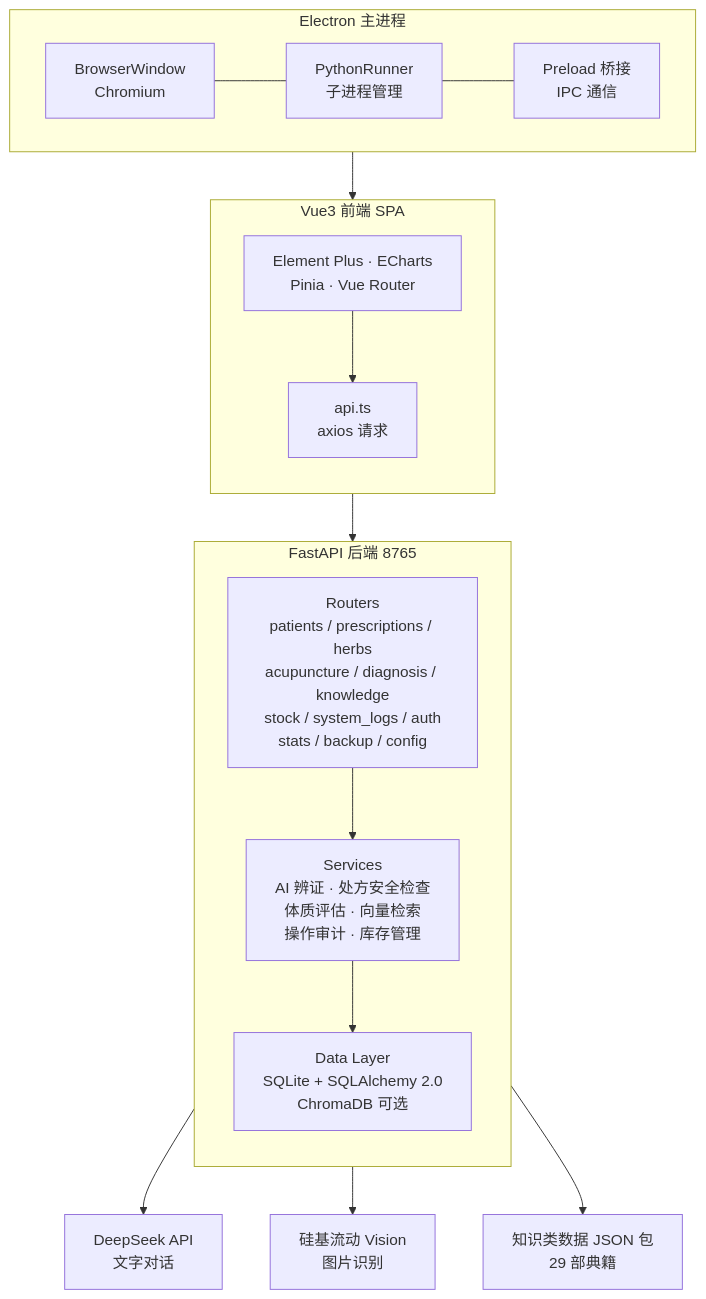
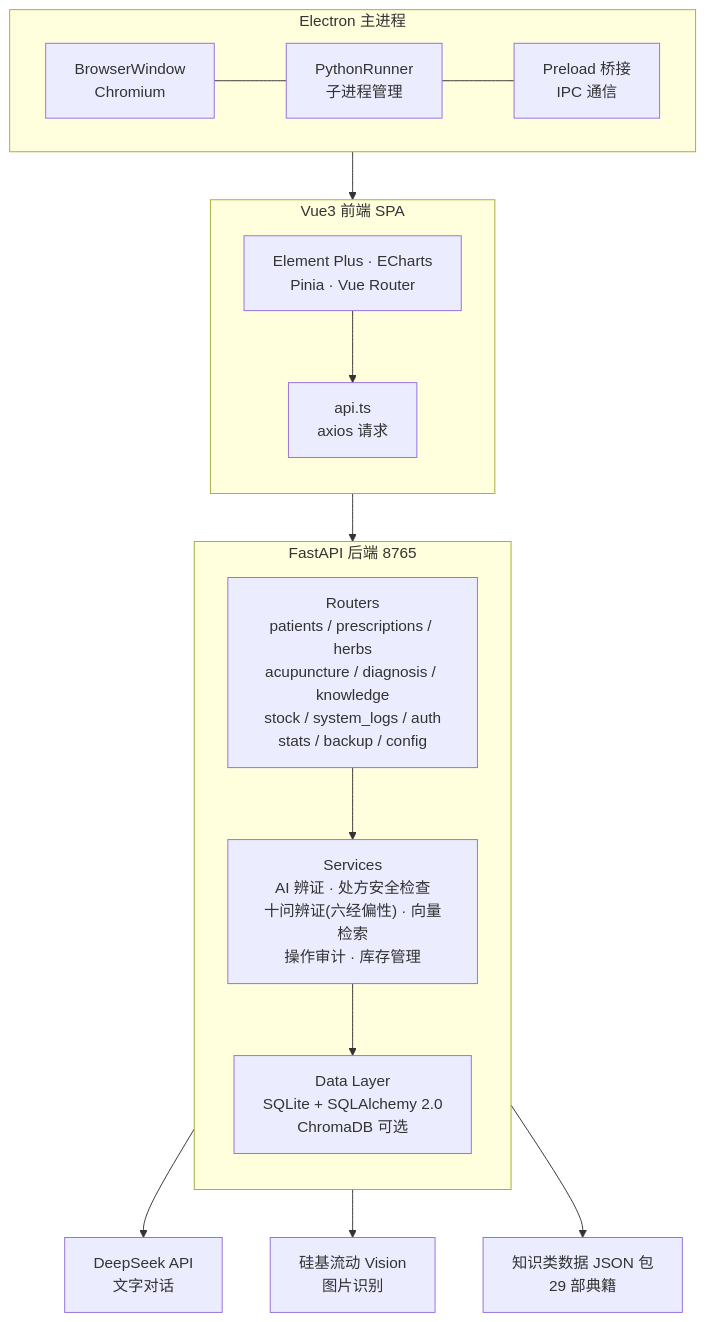
Before and after one commit to acuherb/tcm-doctor: the diagram in README.md, drawn with Mermaid. The commit also changed other lines of this file and 17 other files, not shown here.

````diff
--- a/README.md
+++ b/README.md
@@ -14,33 +14,33 @@
 ```mermaid
 graph TB
     subgraph E["Electron 主进程"]
         direction LR
         W["BrowserWindow<br/>Chromium"] --- P["PythonRunner<br/>子进程管理"] --- I["Preload 桥接<br/>IPC 通信"]
     end
 
     subgraph F["Vue3 前端 SPA"]
         direction TB
         UI["Element Plus · ECharts<br/>Pinia · Vue Router"]
         API["api.ts<br/>axios 请求"]
         UI --> API
     end
 
     subgraph B["FastAPI 后端 8765"]
         direction TB
         R["Routers<br/>patients / prescriptions / herbs<br/>acupuncture / diagnosis / knowledge<br/>stock / system_logs / auth<br/>stats / backup / config"]
-        S["Services<br/>AI 辨证 · 处方安全检查<br/>体质评估 · 向量检索<br/>操作审计 · 库存管理"]
+        S["Services<br/>AI 辨证 · 处方安全检查<br/>十问辨证(六经偏性) · 向量检索<br/>操作审计 · 库存管理"]
         D["Data Layer<br/>SQLite + SQLAlchemy 2.0<br/>ChromaDB 可选"]
         R --> S
         S --> D
     end
 
     DS["DeepSeek API<br/>文字对话"]
     SF["硅基流动 Vision<br/>图片识别"]
     KD["知识类数据 JSON 包<br/>29 部典籍"]
 
     E --> F
     API --> R
     D --> DS
     D --> SF
     D --> KD
 ```
````
